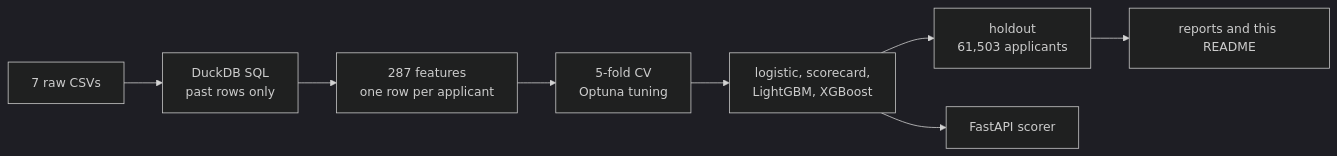
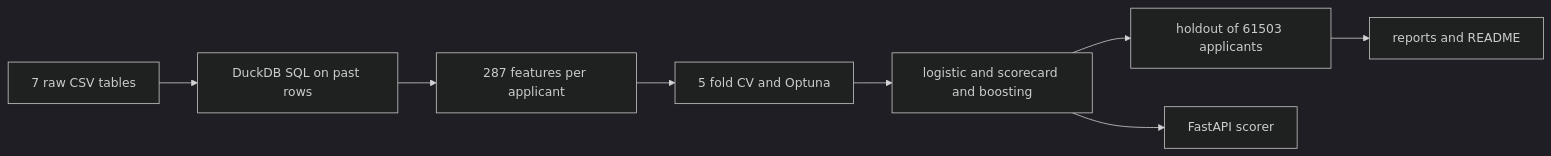
One commit to khanak0509/home-credit-default-model changed the diagram in README.md. Above: the diagram before and after it, drawn with Mermaid (dark theme). The commit also changed 1 other file, not shown here.

````diff
--- a/README.md
+++ b/README.md
@@ -16,10 +16,10 @@
 ```mermaid
 flowchart LR
-    raw[7 raw CSVs] --> sql[DuckDB SQL<br/>past rows only]
-    sql --> feat[287 features<br/>one row per applicant]
-    feat --> cv[5-fold CV<br/>Optuna tuning]
-    cv --> models[logistic, scorecard,<br/>LightGBM, XGBoost]
-    models --> hold[holdout<br/>61,503 applicants]
-    hold --> out[reports and this README]
-    models --> api[FastAPI scorer]
+    A["7 raw CSV tables"] --> B["DuckDB SQL on past rows"]
+    B --> C["287 features per applicant"]
+    C --> D["5 fold CV and Optuna"]
+    D --> E["logistic and scorecard and boosting"]
+    E --> F["holdout of 61503 applicants"]
+    F --> G["reports and README"]
+    E --> H["FastAPI scorer"]
 ```
````
